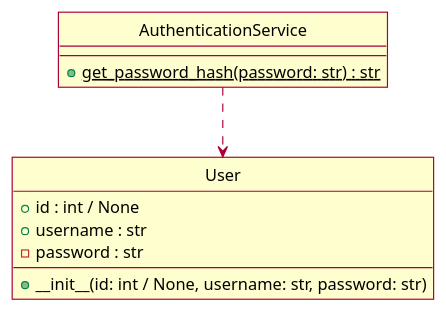
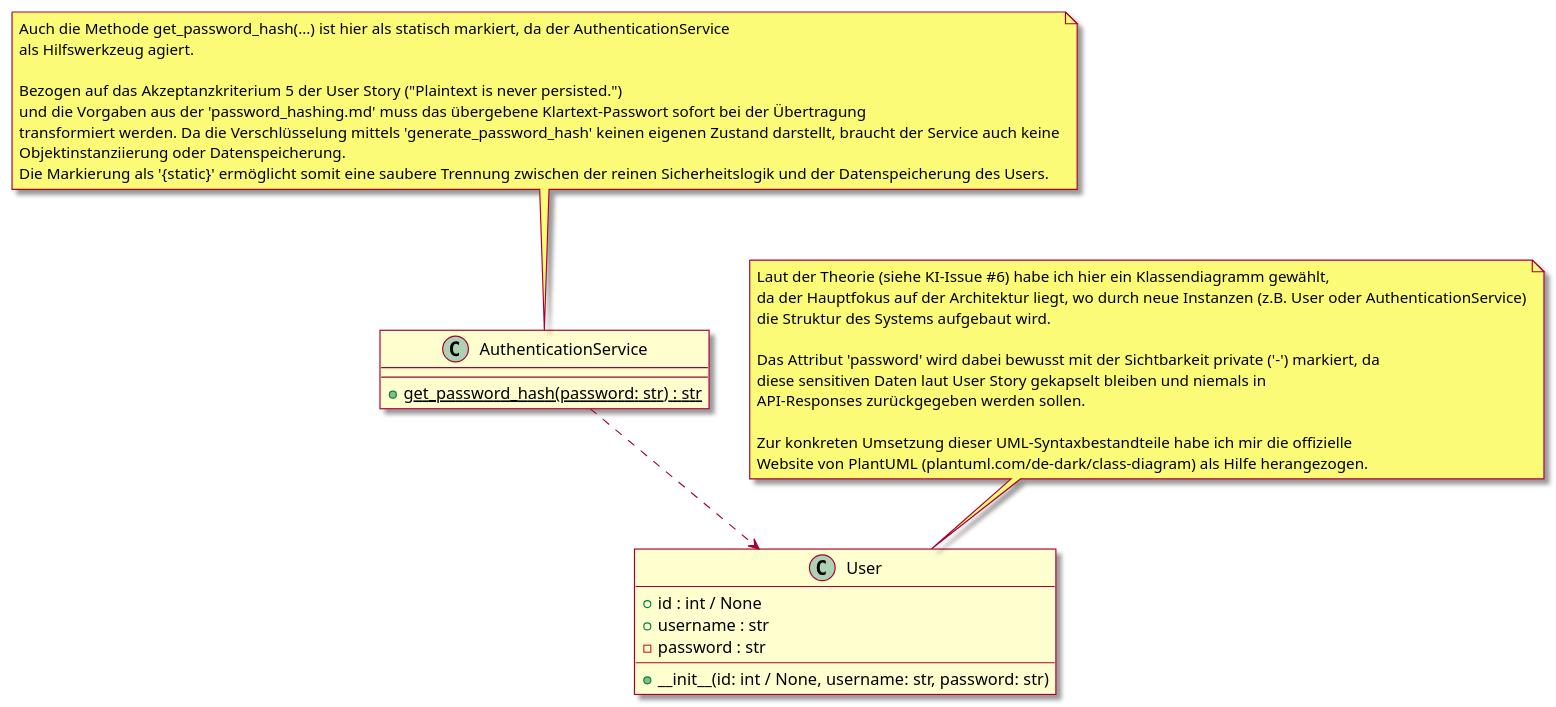
One commit to Annika-Ostendorp/pflanzenkalender-teil-2 changed the diagram in diagrams/user_registration.puml. Above: the diagram before and after it, drawn with PlantUML.

Commit message:
Finalize user_registration UML with mandatory notes justifying the chosen diagram type and deleting the line 'skinparam style strictuml' for class icons to show up

```diff
--- a/diagrams/user_registration.puml
+++ b/diagrams/user_registration.puml
@@ -1,20 +1,44 @@
 @startuml user_registration
 skin rose
-skinparam style strictuml
 
 class User {
     + id : int / None
     + username : str
     - password : str
 
     + __init__(id: int / None, username: str, password: str)
 }
 
 class AuthenticationService {
     + {static} get_password_hash(password: str) : str
 }
 
 'AuthenticationService hängt von User ab --> speichert ja nicht dauerhaft User-Objekte in sich ab, sondern bekommt in Methoden nur temporär'
-'ein Passwort oder User übergeben für Berechnung von Hash --> deshalb schwächere From einer Abhängigkeit (gestrichelter Pfeil)'
+'ein Passwort oder User übergeben für Berechnung von Hash --> deshalb schwächere Form einer Abhängigkeit (gestrichelter Pfeil)'
 AuthenticationService ..> User
+
+note top of User
+    Laut der Theorie (siehe KI-Issue #6) habe ich hier ein Klassendiagramm gewählt, 
+    da der Hauptfokus auf der Architektur liegt, wo durch neue Instanzen (z.B. User oder AuthenticationService)
+    die Struktur des Systems aufgebaut wird.
+
+    Das Attribut 'password' wird dabei bewusst mit der Sichtbarkeit private ('-') markiert, da 
+    diese sensitiven Daten laut User Story gekapselt bleiben und niemals in 
+    API-Responses zurückgegeben werden sollen.
+
+    Zur konkreten Umsetzung dieser UML-Syntaxbestandteile habe ich mir die offizielle
+    Website von PlantUML (plantuml.com/de-dark/class-diagram) als Hilfe herangezogen.
+endnote
+
+note top of AuthenticationService
+    Auch die Methode get_password_hash(...) ist hier als statisch markiert, da der AuthenticationService 
+    als Hilfswerkzeug agiert.
+
+    Bezogen auf das Akzeptanzkriterium 5 der User Story ("Plaintext is never persisted.")
+    und die Vorgaben aus der 'password_hashing.md' muss das übergebene Klartext-Passwort sofort bei der Übertragung
+    transformiert werden. Da die Verschlüsselung mittels 'generate_password_hash' keinen eigenen Zustand darstellt, braucht der Service auch keine
+    Objektinstanziierung oder Datenspeicherung.
+    Die Markierung als '{static}' ermöglicht somit eine saubere Trennung zwischen der reinen Sicherheitslogik und der Datenspeicherung des Users.
+endnote
+
 @enduml
```
